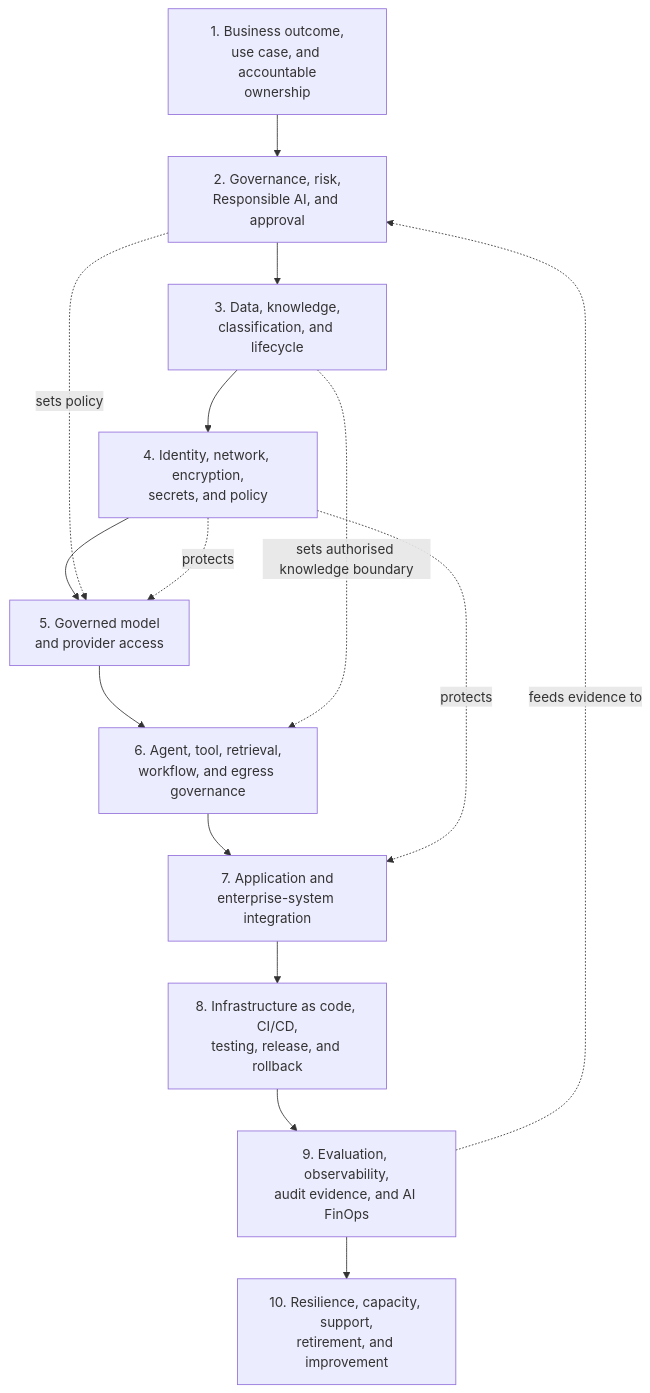
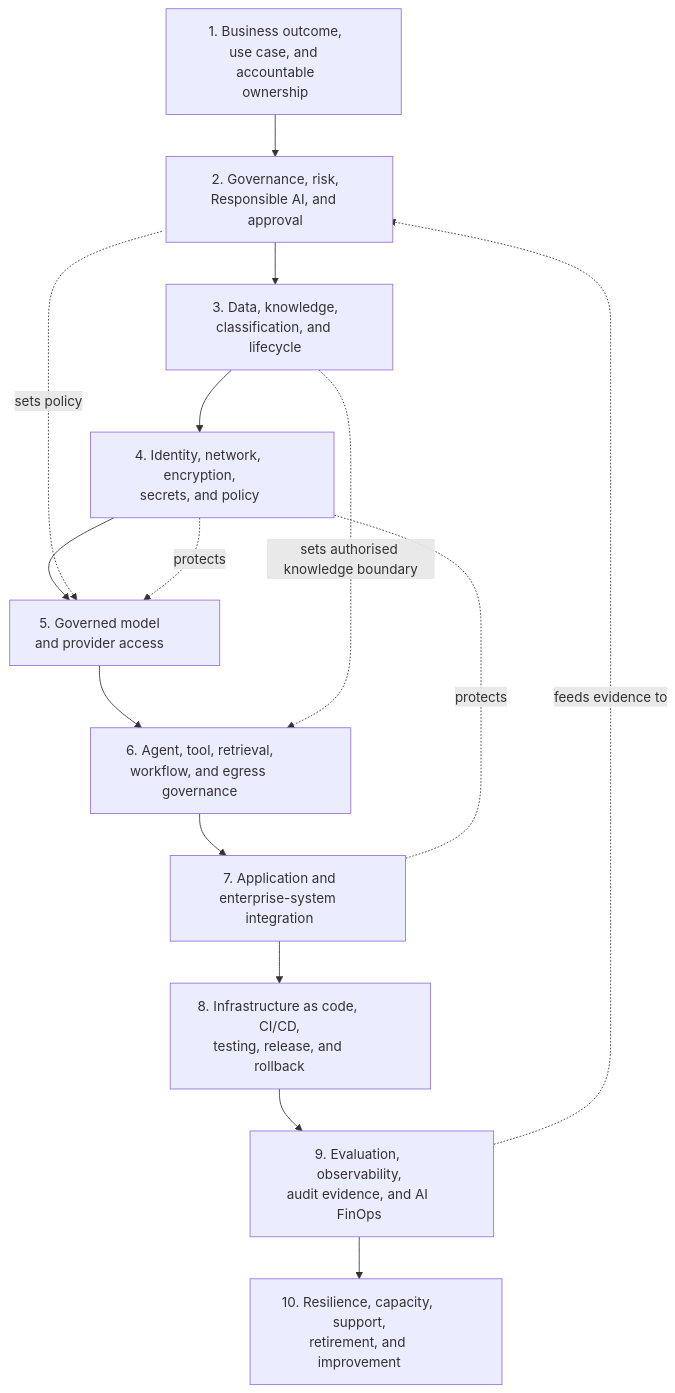
One commit to afaryy/cloudai-platform changed the second of 3 diagrams in docs/architecture.md. Above: the diagram before and after it, drawn with Mermaid. The commit also changed other lines of this file and 1 other file, not shown here.

Commit message:
docs: widen architecture diagram nodes

````diff
--- a/docs/architecture.md
+++ b/docs/architecture.md
@@ -69,21 +78,32 @@
 ```mermaid
 flowchart TB
   intake["1. Business outcome,<br/>use case, and accountable<br/>ownership"]
   risk["2. Governance, risk,<br/>Responsible AI, and approval"]
   data["3. Data, knowledge,<br/>classification, and lifecycle"]
   foundation["4. Identity, network, encryption,<br/>secrets, and policy"]
   model["5. Governed model<br/>and provider access"]
   traffic["6. Agent, tool, retrieval,<br/>workflow, and egress governance"]
   integration["7. Application and<br/>enterprise-system integration"]
   delivery["8. Infrastructure as code, CI/CD,<br/>testing, release, and rollback"]
   operations["9. Evaluation, observability,<br/>audit evidence, and AI FinOps"]
   lifecycle["10. Resilience, capacity, support,<br/>retirement, and improvement"]
 
   intake --> risk --> data --> foundation --> model --> traffic --> integration
   integration --> delivery --> operations --> lifecycle
   risk -. "sets policy" .-> model
   data -. "sets authorised knowledge boundary" .-> traffic
   foundation -. "protects" .-> model
   foundation -. "protects" .-> integration
   operations -. "feeds evidence to" .-> risk
+
+  style intake width:280px
+  style risk width:270px
+  style data width:270px
+  style foundation width:290px
+  style model width:250px
+  style traffic width:310px
+  style integration width:280px
+  style delivery width:310px
+  style operations width:290px
+  style lifecycle width:300px
 ```
````
